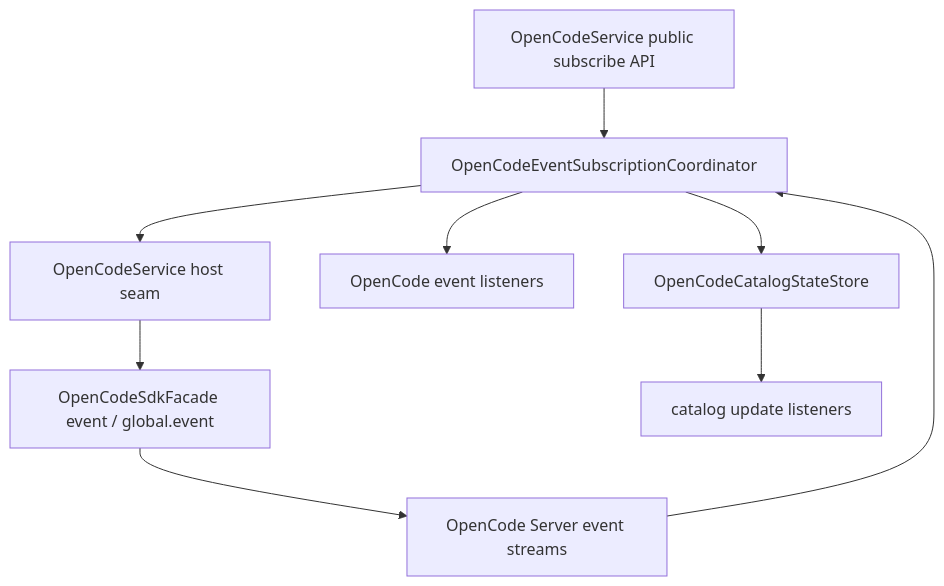
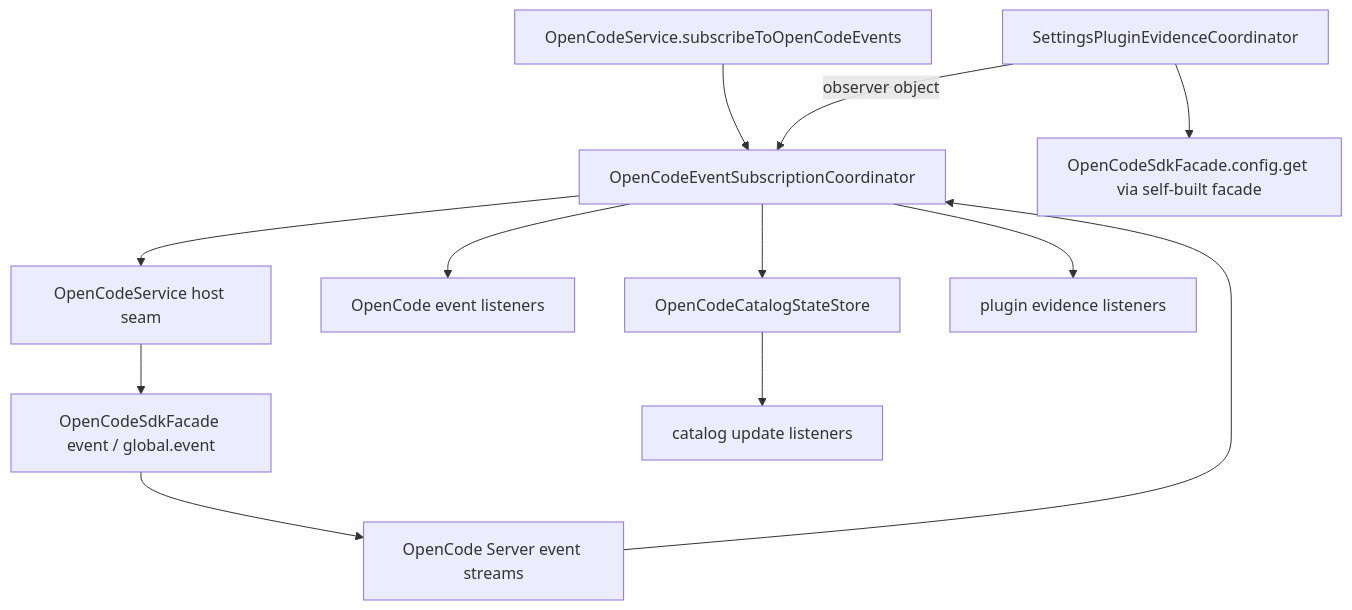
Before and after one commit to OCDcreator/opencodian: the diagram in docs/modules/core/opencode/OpenCodeEventSubscriptionCoordinator.md, drawn with Mermaid. The commit also changed other lines of this file and 45 other files, not shown here.

Commit message:
feat(settings): update plugin sources and SDK evidence

````diff
--- a/docs/modules/core/opencode/OpenCodeEventSubscriptionCoordinator.md
+++ b/docs/modules/core/opencode/OpenCodeEventSubscriptionCoordinator.md
@@ -66,11 +97,14 @@
 ```mermaid
 graph TD
-    A[OpenCodeService public subscribe API] --> B[OpenCodeEventSubscriptionCoordinator]
+    A[OpenCodeService.subscribeToOpenCodeEvents] --> B[OpenCodeEventSubscriptionCoordinator]
+    S[SettingsPluginEvidenceCoordinator] -->|observer object| B
     B --> C[OpenCodeService host seam]
     C --> D[OpenCodeSdkFacade event / global.event]
     D --> E[OpenCode Server event streams]
     E --> B
+    S --> T[OpenCodeSdkFacade.config.get via self-built facade]
     B --> F[OpenCode event listeners]
     B --> G[OpenCodeCatalogStateStore]
     G --> H[catalog update listeners]
+    B --> I[plugin evidence listeners]
 ```
````
